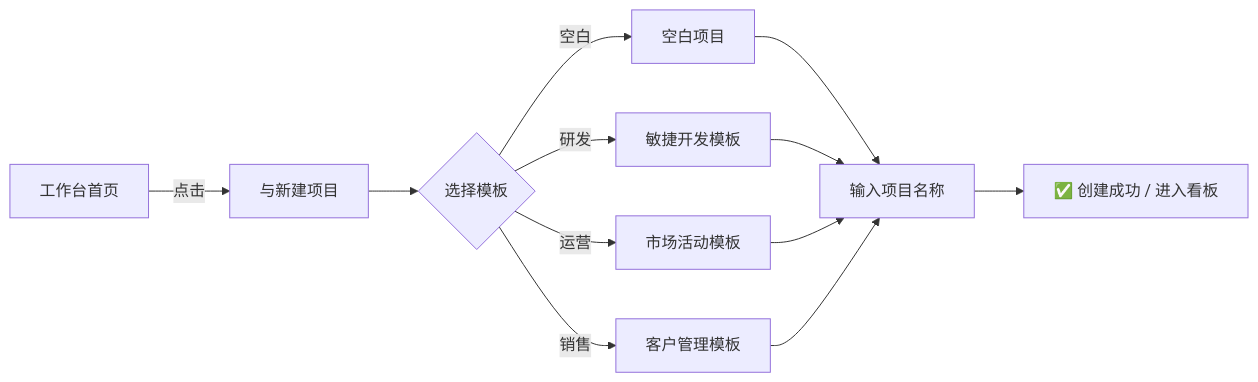
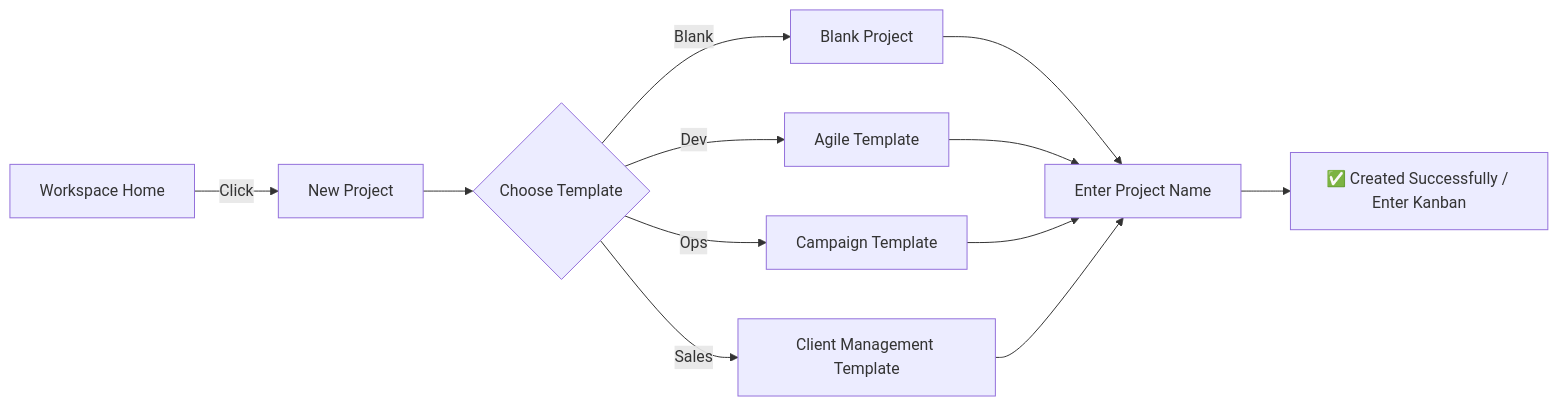
The third of 7 diagrams in templates/产品/运营层/【模板】用户手册.md (Kirky-X/cangjie), drawn with Mermaid before and after one commit. The commit also changed other lines of this file and 46 other files, not shown here.

````diff
--- a/templates/产品/运营层/【模板】用户手册.md
+++ b/templates/产品/运营层/【模板】用户手册.md
@@ -148,14 +148,14 @@
 ```mermaid
 flowchart LR
-    A[工作台首页] -->|点击| B[与新建项目]
-    B --> C{选择模板}
-    C -->|空白| D1[空白项目]
-    C -->|研发| D2[敏捷开发模板]
-    C -->|运营| D3[市场活动模板]
-    C -->|销售| D4[客户管理模板]
-    D1 --> E[输入项目名称]
-    D2 --> E[输入项目名称]
-    D3 --> E[输入项目名称]
-    D4 --> E[输入项目名称]
-    E --> F[✅ 创建成功 / 进入看板]
+    A[Workspace Home] -->|Click| B[New Project]
+    B --> C{Choose Template}
+    C -->|Blank| D1[Blank Project]
+    C -->|Dev| D2[Agile Template]
+    C -->|Ops| D3[Campaign Template]
+    C -->|Sales| D4[Client Management Template]
+    D1 --> E[Enter Project Name]
+    D2 --> E[Enter Project Name]
+    D3 --> E[Enter Project Name]
+    D4 --> E[Enter Project Name]
+    E --> F[✅ Created Successfully / Enter Kanban]
 ```
````
